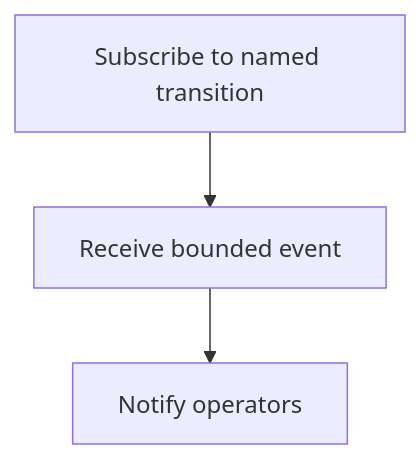
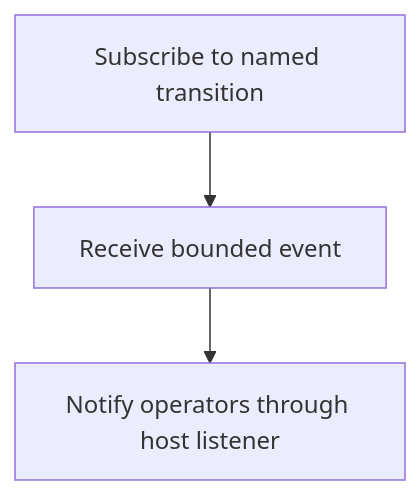
The first of 2 diagrams in user-stories/audit-business-work/us-audit-02-observe-transitions.md (Kevinjohn/oss-adonisjs-masquerade), drawn with Mermaid before and after one commit. The commit also changed other lines of this file and 22 other files, not shown here.

Commit message:
docs: verify user story paths and Mermaid flows against implementation

````diff
--- a/user-stories/audit-business-work/us-audit-02-observe-transitions.md
+++ b/user-stories/audit-business-work/us-audit-02-observe-transitions.md
@@ -20,5 +20,5 @@
 ```mermaid
 flowchart TD
     A["Subscribe to named transition"] --> B["Receive bounded event"]
-    B["Receive bounded event"] --> C["Notify operators"]
+    B --> C["Notify operators through host listener"]
 ```
````
